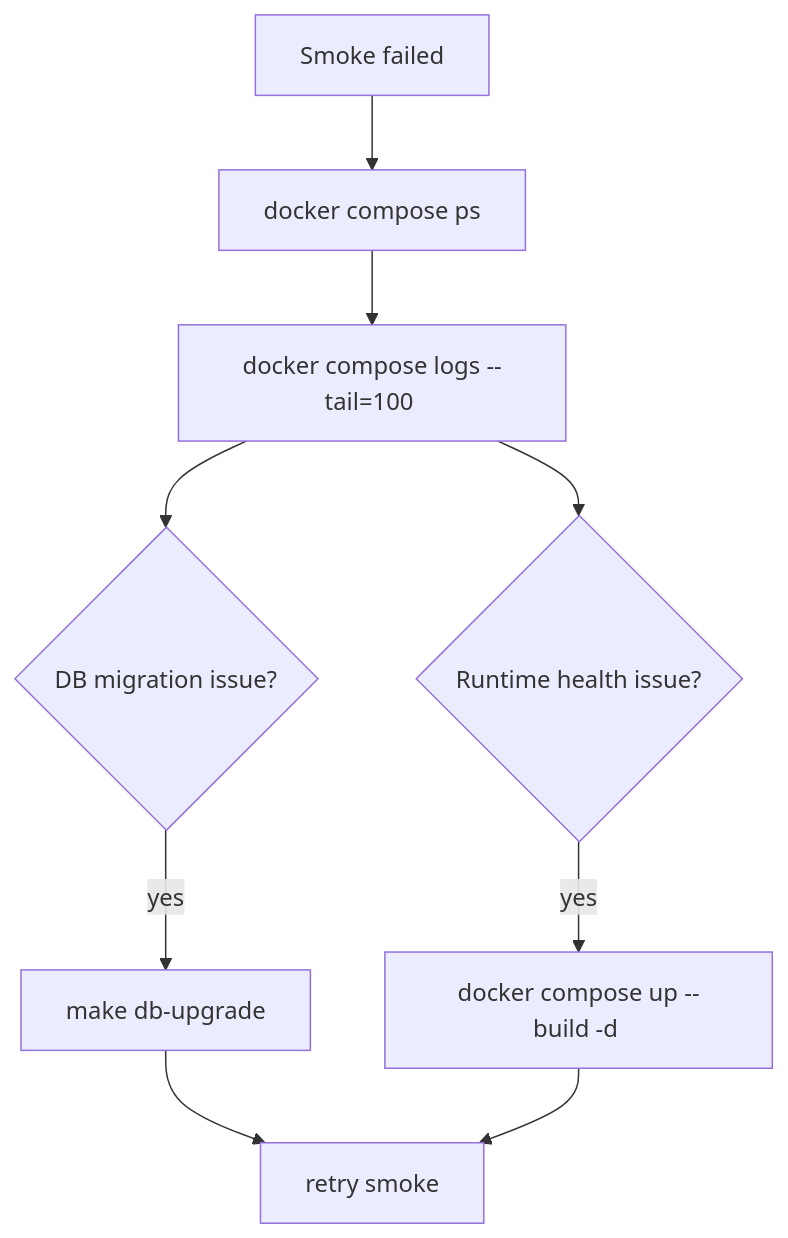
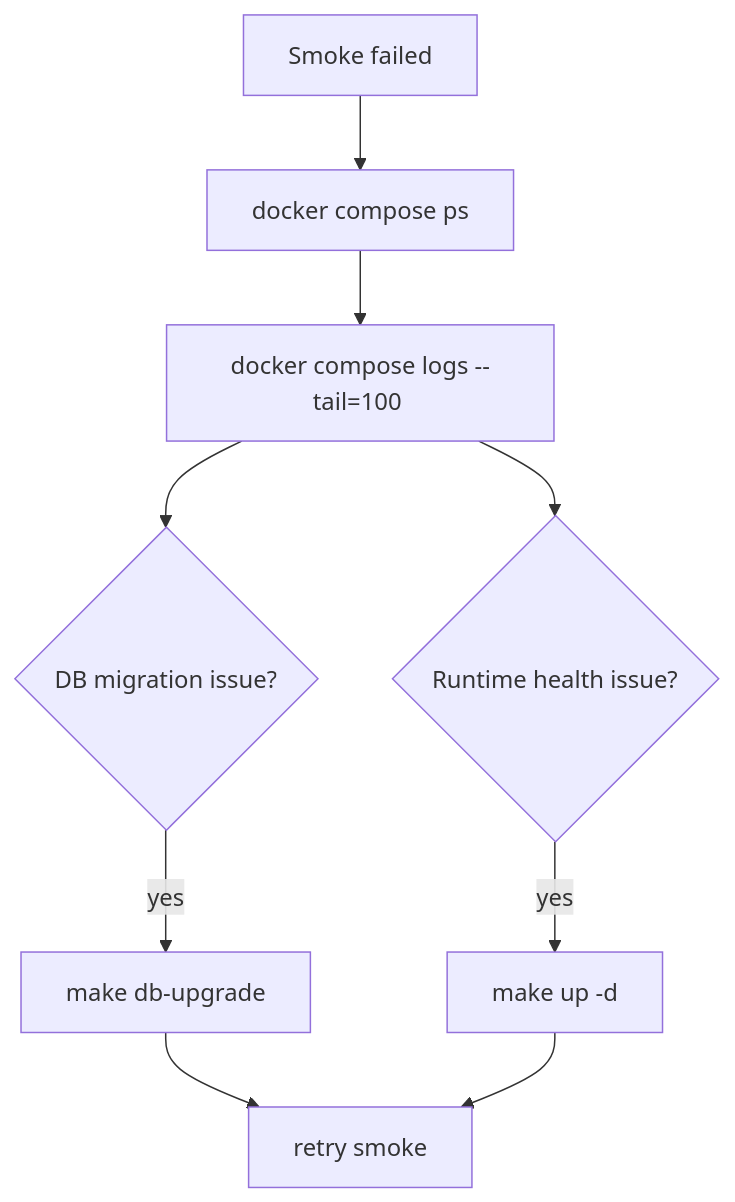
The fifth of 6 diagrams in docs/operations/local-development.md (roshaninfordham/personalised-demo-ai-agent), drawn with Mermaid before and after one commit. The commit also changed other lines of this file and 45 other files, not shown here.

````diff
--- a/docs/operations/local-development.md
+++ b/docs/operations/local-development.md
@@ -166,11 +169,11 @@
 ```mermaid
 flowchart TD
     Smoke["Smoke failed"] --> PS["docker compose ps"]
     PS --> Logs["docker compose logs --tail=100 <service>"]
     Logs --> DB{"DB migration issue?"}
     Logs --> Runtime{"Runtime health issue?"}
     DB -->|yes| Upgrade["make db-upgrade"]
-    Runtime -->|yes| Rebuild["docker compose up --build -d <service>"]
+    Runtime -->|yes| Rebuild["make up -d <service>"]
     Upgrade --> Retry["retry smoke"]
     Rebuild --> Retry
 ```
````
